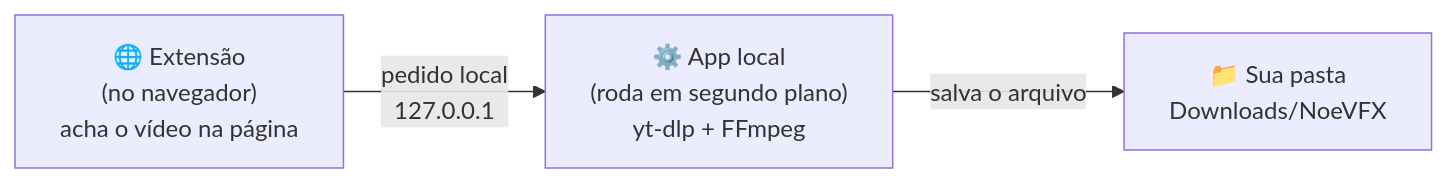
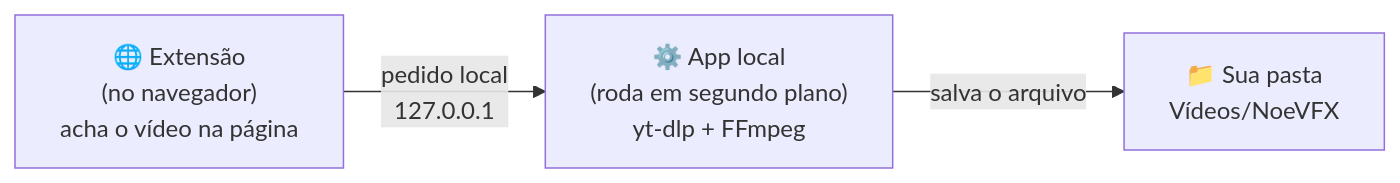
The diagram in docs/MANUAL-DE-USO.md (noevfx/Extensions), drawn with Mermaid before and after one commit. The commit also changed other lines of this file and 17 other files, not shown here.

Commit message:
release: v3.0.15 - Pinterest no feed baixa de novo (stream pelo hash do poster), pasta padrao Videos/NoeVFX em todos os sistemas

````diff
--- a/docs/MANUAL-DE-USO.md
+++ b/docs/MANUAL-DE-USO.md
@@ -31,5 +31,5 @@
 ```mermaid
 flowchart LR
     A["🌐 Extensão<br/>(no navegador)<br/>acha o vídeo na página"] -- "pedido local<br/>127.0.0.1" --> B["⚙️ App local<br/>(roda em segundo plano)<br/>yt-dlp + FFmpeg"]
-    B -- "salva o arquivo" --> C["📁 Sua pasta<br/>Downloads/NoeVFX"]
+    B -- "salva o arquivo" --> C["📁 Sua pasta<br/>Vídeos/NoeVFX"]
 ```
````
